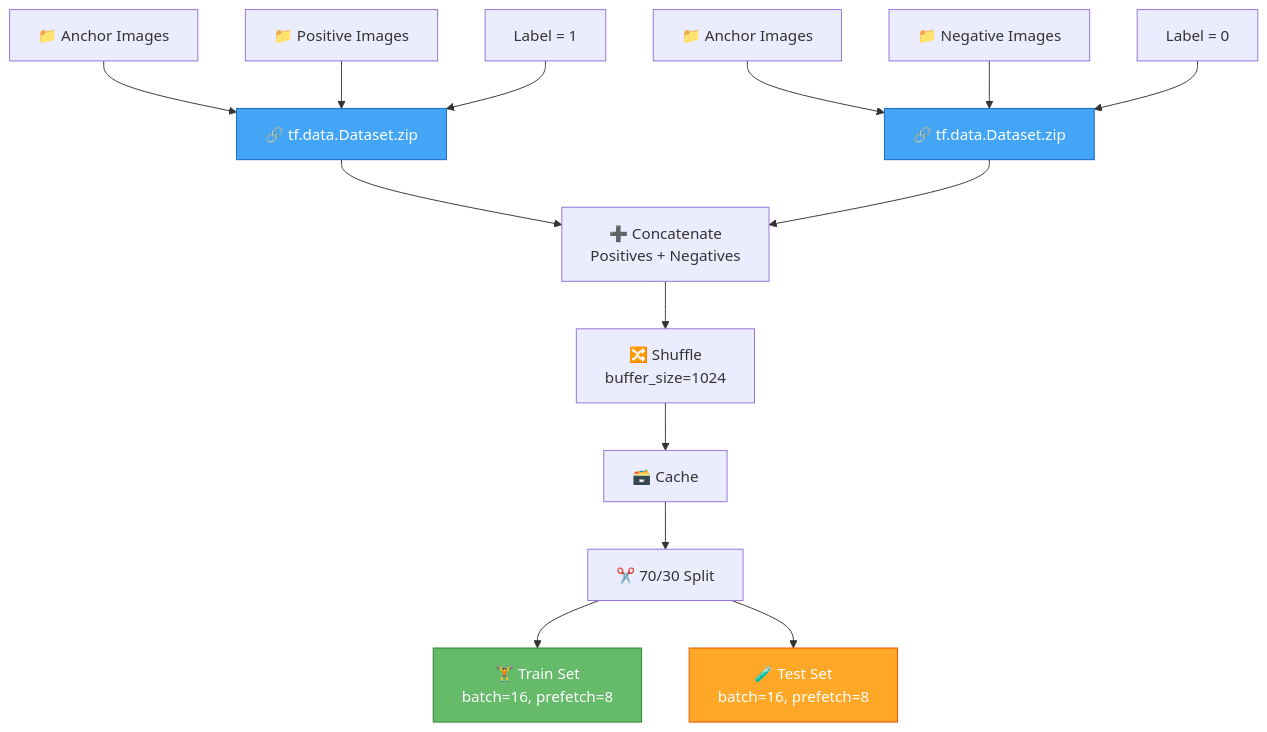
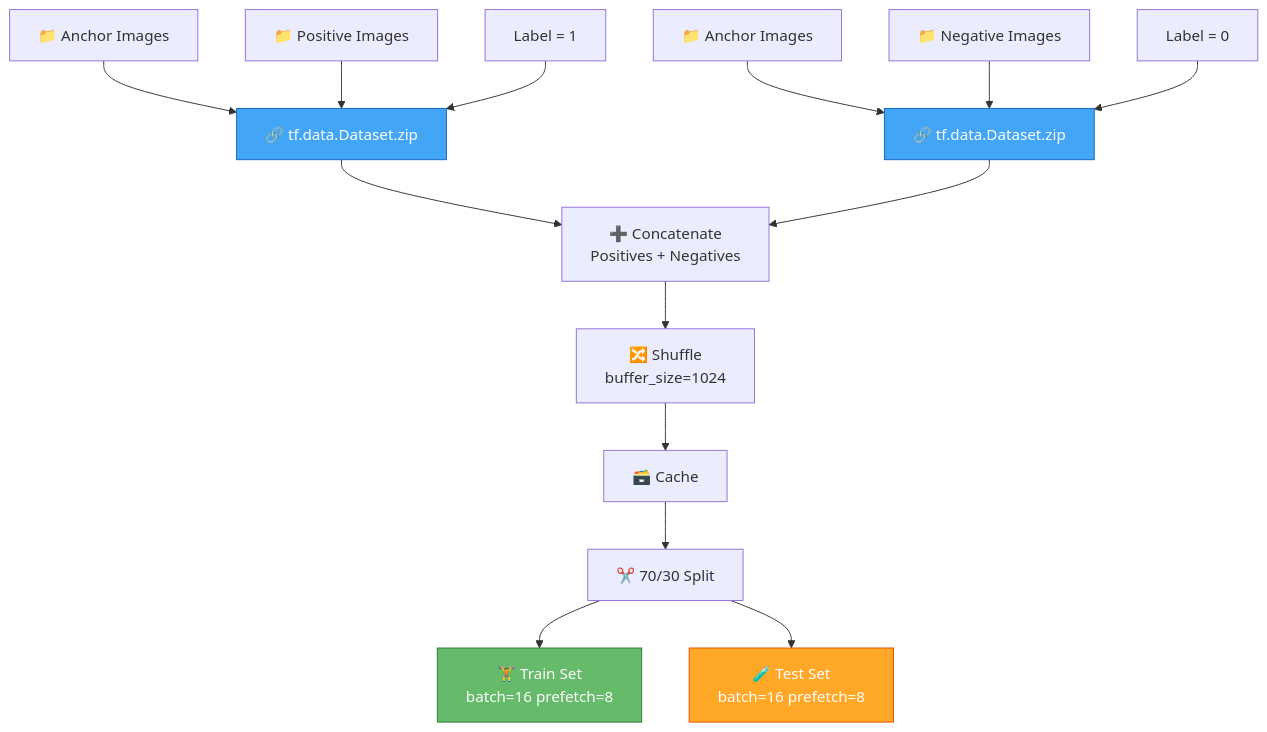
The eighth of 20 diagrams in README.md (Paragiscool/Face_verification_ml_project), drawn with Mermaid before and after one commit. The commit also changed other lines of this file, not shown here.

Commit message:
docs: Refine README with Quick Start, Math Foundations, Troubleshooting, References, state diagrams

````diff
--- a/README.md
+++ b/README.md
@@ -288,25 +405,25 @@
 ```mermaid
 flowchart TD
     A["📁 Anchor Images"] --> D["🔗 tf.data.Dataset.zip"]
     B["📁 Positive Images"] --> D
     C["Label = 1"] --> D
     
     E["📁 Anchor Images"] --> H["🔗 tf.data.Dataset.zip"]
     F["📁 Negative Images"] --> H
     G["Label = 0"] --> H
     
     D --> I["➕ Concatenate<br/>Positives + Negatives"]
     H --> I
     
     I --> J["🔀 Shuffle<br/>buffer_size=1024"]
     J --> K["🗃️ Cache"]
     K --> L["✂️ 70/30 Split"]
     
-    L --> M["🏋️ Train Set<br/>batch=16, prefetch=8"]
-    L --> N["🧪 Test Set<br/>batch=16, prefetch=8"]
+    L --> M["🏋️ Train Set<br/>batch=16 prefetch=8"]
+    L --> N["🧪 Test Set<br/>batch=16 prefetch=8"]
 
     style D fill:#42A5F5,stroke:#1565C0,color:#fff
     style H fill:#42A5F5,stroke:#1565C0,color:#fff
     style M fill:#66BB6A,stroke:#2E7D32,color:#fff
     style N fill:#FFA726,stroke:#E65100,color:#fff
 ```
````
